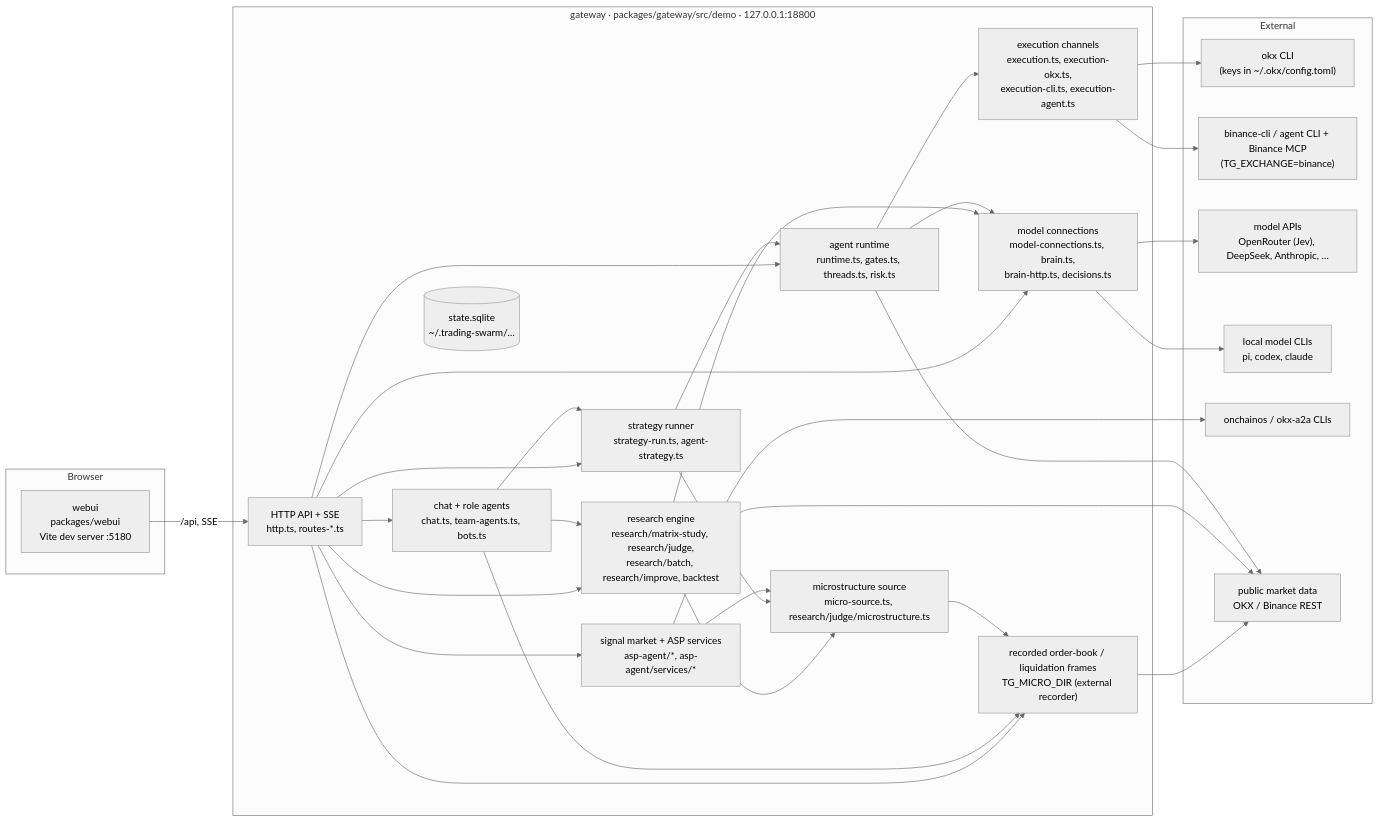
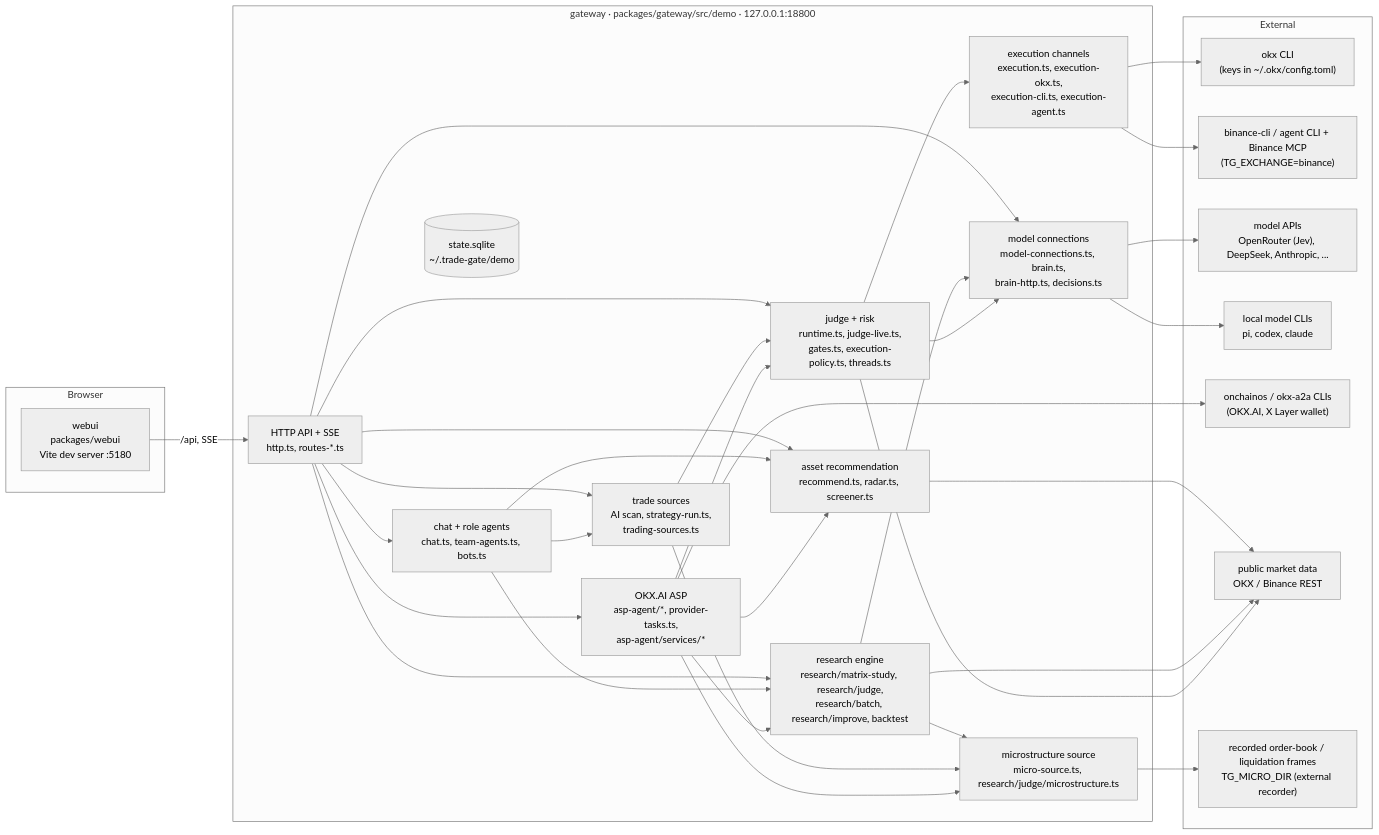
One commit to 67ss67s/trading-swarm-app changed the diagram in docs/ARCHITECTURE.md. Above: the diagram before and after it, drawn with Mermaid (neutral theme). The commit also changed other lines of this file and 11 other files, not shown here.

Commit message:
Update README: what it is, architecture, OKX integration, quick start

````diff
--- a/docs/ARCHITECTURE.md
+++ b/docs/ARCHITECTURE.md
@@ -9,42 +12,43 @@
 ```mermaid
 flowchart LR
   subgraph Browser
     UI["webui<br/>packages/webui<br/>Vite dev server :5180"]
   end
   subgraph Gateway["gateway · packages/gateway/src/demo · 127.0.0.1:18800"]
     HTTP["HTTP API + SSE<br/>http.ts, routes-*.ts"]
     CHAT["chat + role agents<br/>chat.ts, team-agents.ts, bots.ts"]
     REC["asset recommendation<br/>recommend.ts, radar.ts, screener.ts"]
     RES["research engine<br/>research/matrix-study, research/judge,<br/>research/batch, research/improve, backtest"]
-    RUN["strategy runner<br/>strategy-run.ts, agent-strategy.ts"]
-    RT["agent runtime<br/>runtime.ts, gates.ts, threads.ts, risk.ts"]
+    SRC["trade sources<br/>AI scan, strategy-run.ts,<br/>trading-sources.ts"]
+    RT["judge + risk<br/>runtime.ts, judge-live.ts,<br/>gates.ts, execution-policy.ts, threads.ts"]
     EXE["execution channels<br/>execution.ts, execution-okx.ts,<br/>execution-cli.ts, execution-agent.ts"]
     MOD["model connections<br/>model-connections.ts, brain.ts,<br/>brain-http.ts, decisions.ts"]
-    ASP["signal market + ASP services<br/>asp-agent/*, asp-agent/services/*"]
+    ASP["OKX.AI ASP<br/>asp-agent/*, provider-tasks.ts,<br/>asp-agent/services/*"]
     MICRO["microstructure source<br/>micro-source.ts, research/judge/microstructure.ts"]
-    DB[("state.sqlite<br/>~/.trading-swarm/…")]
+    DB[("state.sqlite<br/>~/.trade-gate/demo")]
   end
   subgraph External
     OKXCLI["okx CLI<br/>(keys in ~/.okx/config.toml)"]
     BINCLI["binance-cli / agent CLI + Binance MCP<br/>(TG_EXCHANGE=binance)"]
-    LLM["model APIs<br/>OpenRouter (Jev), DeepSeek, Anthropic, …"]
+    LLM["model APIs<br/>OpenRouter (Jev), DeepSeek, Anthropic, ..."]
     MCLI["local model CLIs<br/>pi, codex, claude"]
-    A2A["onchainos / okx-a2a CLIs"]
+    A2A["onchainos / okx-a2a CLIs<br/>(OKX.AI, X Layer wallet)"]
     PUB["public market data<br/>OKX / Binance REST"]
-    REC["recorded order-book / liquidation frames<br/>TG_MICRO_DIR (external recorder)"]
+    RECF["recorded order-book / liquidation frames<br/>TG_MICRO_DIR (external recorder)"]
   end
   UI -- "/api, SSE" --> HTTP
-  HTTP --> CHAT & REC & RES & RUN & RT & MOD & ASP
-  CHAT --> REC & RES & RUN
+  HTTP --> CHAT & REC & RES & SRC & RT & MOD & ASP
+  CHAT --> REC & RES & SRC
   RES --> MOD
-  RUN --> RT
+  SRC --> RT
   RT --> EXE
   RT --> MOD
   EXE --> OKXCLI & BINCLI
   MOD --> LLM & MCLI
   ASP --> A2A
-  RES & RUN & ASP --> MICRO
-  MICRO --> REC
+  ASP --> REC & RES & RT
+  RES & SRC & ASP --> MICRO
+  MICRO --> RECF
   REC & RES & RT --> PUB
   Gateway --- DB
 ```
````
